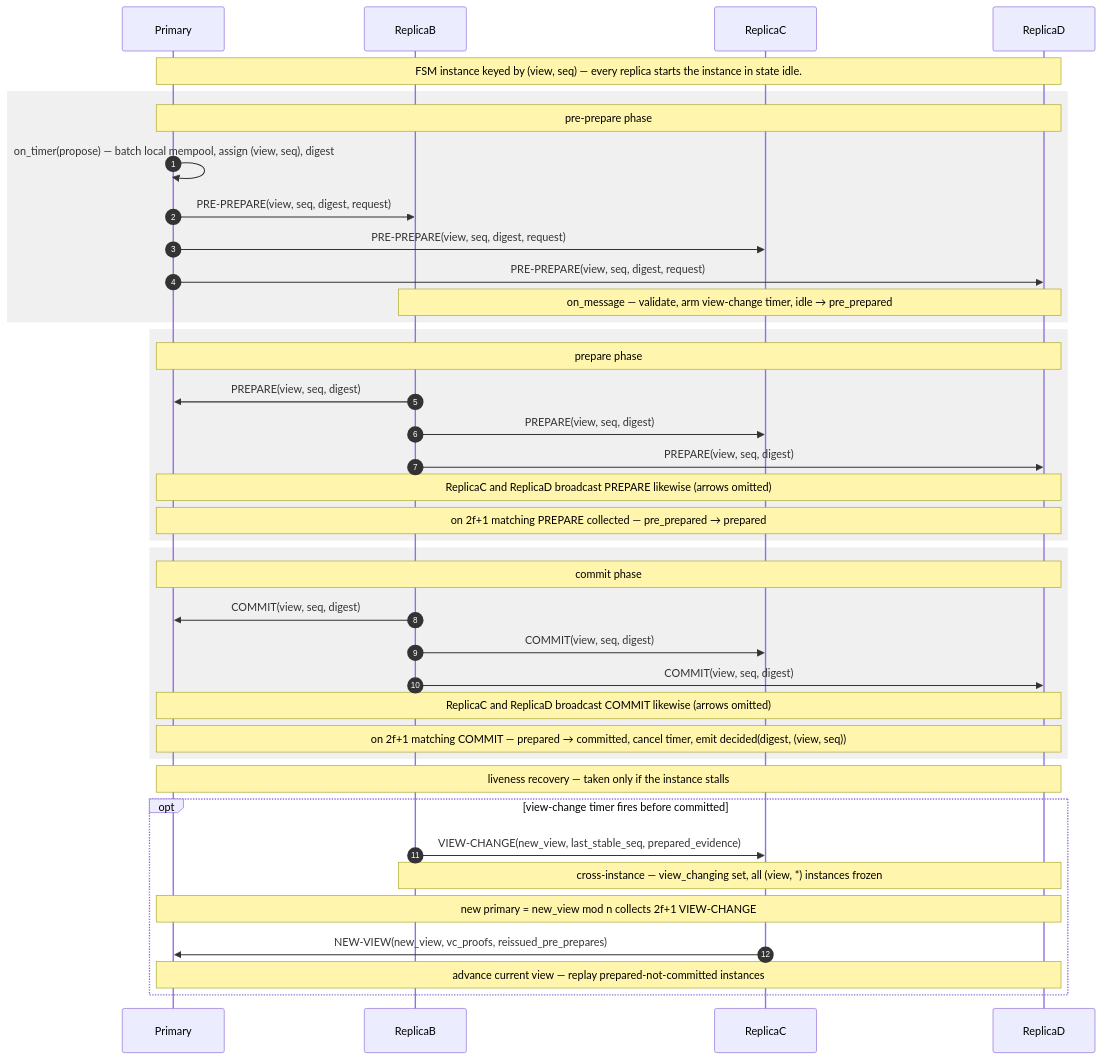
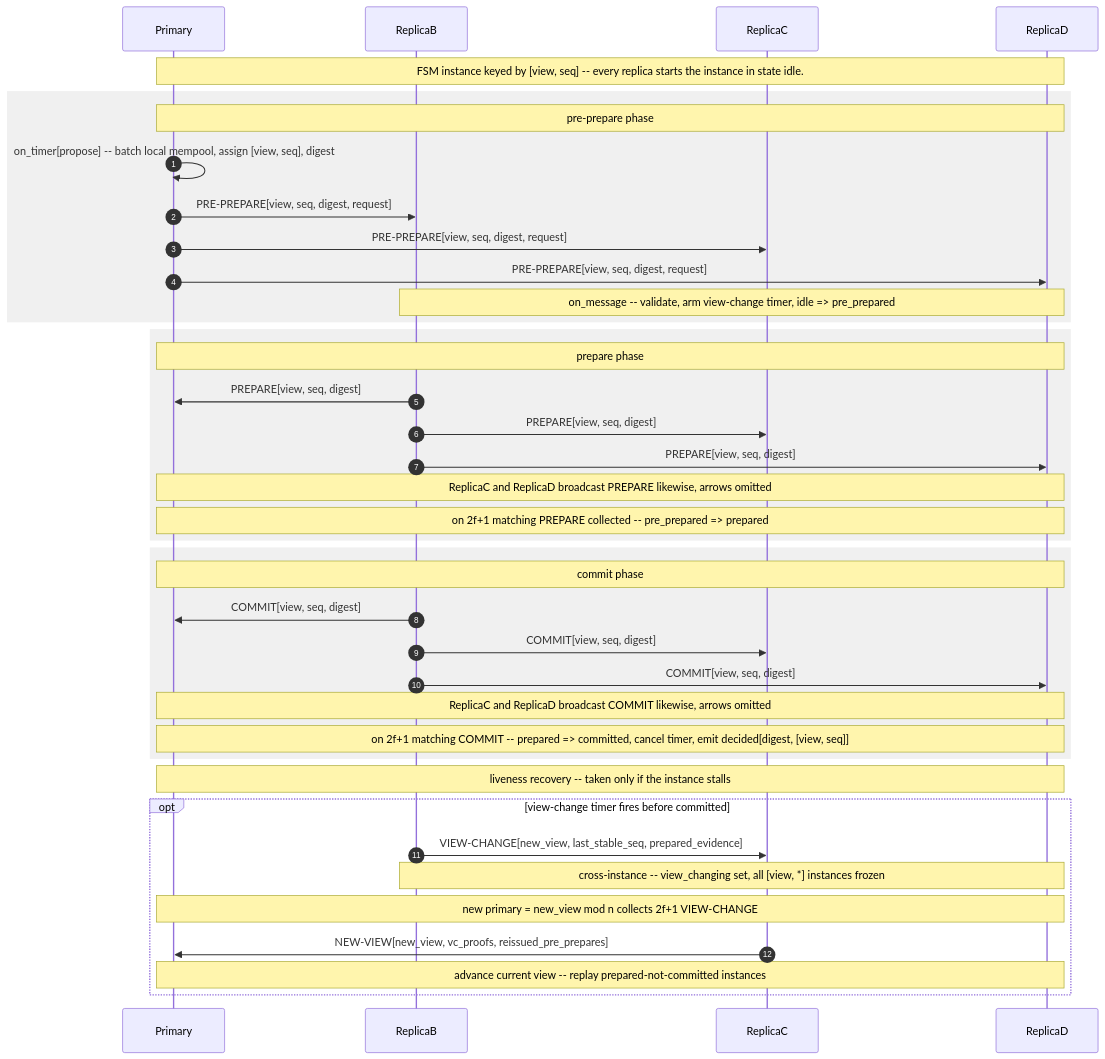
One commit to palhs/thesis changed the diagram in wiki/diagrams/protocols/pbft.md. Above: the diagram before and after it, drawn with Mermaid. The commit also changed 3 other files, not shown here.

First line of the commit message:
wiki: make protocol mermaid diagrams Zed-preview-safe

````diff
--- a/wiki/diagrams/protocols/pbft.md
+++ b/wiki/diagrams/protocols/pbft.md
@@ -14,48 +14,48 @@
 ```mermaid
-%% PBFT — three-phase commit for one (view, seq) instance (n=4, f=1, quorum 2f+1=3)
 sequenceDiagram
+    %% PBFT three-phase commit for one [view, seq] instance (n=4, f=1, quorum 2f+1=3)
     autonumber
     participant Primary
     participant ReplicaB
     participant ReplicaC
     participant ReplicaD
 
-    Note over Primary,ReplicaD: FSM instance keyed by (view, seq) — every replica starts the instance in state idle.
+    Note over Primary,ReplicaD: FSM instance keyed by [view, seq] -- every replica starts the instance in state idle.
 
     rect rgb(240,240,240)
         Note over Primary,ReplicaD: pre-prepare phase
-        Primary->>Primary: on_timer(propose) — batch local mempool, assign (view, seq), digest
-        Primary->>ReplicaB: PRE-PREPARE(view, seq, digest, request)
-        Primary->>ReplicaC: PRE-PREPARE(view, seq, digest, request)
-        Primary->>ReplicaD: PRE-PREPARE(view, seq, digest, request)
-        Note over ReplicaB,ReplicaD: on_message — validate, arm view-change timer, idle → pre_prepared
+        Primary->>Primary: on_timer[propose] -- batch local mempool, assign [view, seq], digest
+        Primary->>ReplicaB: PRE-PREPARE[view, seq, digest, request]
+        Primary->>ReplicaC: PRE-PREPARE[view, seq, digest, request]
+        Primary->>ReplicaD: PRE-PREPARE[view, seq, digest, request]
+        Note over ReplicaB,ReplicaD: on_message -- validate, arm view-change timer, idle => pre_prepared
     end
 
     rect rgb(240,240,240)
         Note over Primary,ReplicaD: prepare phase
-        ReplicaB->>Primary: PREPARE(view, seq, digest)
-        ReplicaB->>ReplicaC: PREPARE(view, seq, digest)
-        ReplicaB->>ReplicaD: PREPARE(view, seq, digest)
-        Note over Primary,ReplicaD: ReplicaC and ReplicaD broadcast PREPARE likewise (arrows omitted)
-        Note over Primary,ReplicaD: on 2f+1 matching PREPARE collected — pre_prepared → prepared
+        ReplicaB->>Primary: PREPARE[view, seq, digest]
+        ReplicaB->>ReplicaC: PREPARE[view, seq, digest]
+        ReplicaB->>ReplicaD: PREPARE[view, seq, digest]
+        Note over Primary,ReplicaD: ReplicaC and ReplicaD broadcast PREPARE likewise, arrows omitted
+        Note over Primary,ReplicaD: on 2f+1 matching PREPARE collected -- pre_prepared => prepared
     end
 
     rect rgb(240,240,240)
         Note over Primary,ReplicaD: commit phase
-        ReplicaB->>Primary: COMMIT(view, seq, digest)
-        ReplicaB->>ReplicaC: COMMIT(view, seq, digest)
-        ReplicaB->>ReplicaD: COMMIT(view, seq, digest)
-        Note over Primary,ReplicaD: ReplicaC and ReplicaD broadcast COMMIT likewise (arrows omitted)
-        Note over Primary,ReplicaD: on 2f+1 matching COMMIT — prepared → committed, cancel timer, emit decided(digest, (view, seq))
+        ReplicaB->>Primary: COMMIT[view, seq, digest]
+        ReplicaB->>ReplicaC: COMMIT[view, seq, digest]
+        ReplicaB->>ReplicaD: COMMIT[view, seq, digest]
+        Note over Primary,ReplicaD: ReplicaC and ReplicaD broadcast COMMIT likewise, arrows omitted
+        Note over Primary,ReplicaD: on 2f+1 matching COMMIT -- prepared => committed, cancel timer, emit decided[digest, [view, seq]]
     end
 
-    Note over Primary,ReplicaD: liveness recovery — taken only if the instance stalls
+    Note over Primary,ReplicaD: liveness recovery -- taken only if the instance stalls
 
     opt view-change timer fires before committed
-        ReplicaB->>ReplicaC: VIEW-CHANGE(new_view, last_stable_seq, prepared_evidence)
-        Note over ReplicaB,ReplicaD: cross-instance — view_changing set, all (view, *) instances frozen
+        ReplicaB->>ReplicaC: VIEW-CHANGE[new_view, last_stable_seq, prepared_evidence]
+        Note over ReplicaB,ReplicaD: cross-instance -- view_changing set, all [view, *] instances frozen
         Note over Primary,ReplicaD: new primary = new_view mod n collects 2f+1 VIEW-CHANGE
-        ReplicaC->>Primary: NEW-VIEW(new_view, vc_proofs, reissued_pre_prepares)
-        Note over Primary,ReplicaD: advance current view — replay prepared-not-committed instances
+        ReplicaC->>Primary: NEW-VIEW[new_view, vc_proofs, reissued_pre_prepares]
+        Note over Primary,ReplicaD: advance current view -- replay prepared-not-committed instances
     end
 ```
````
